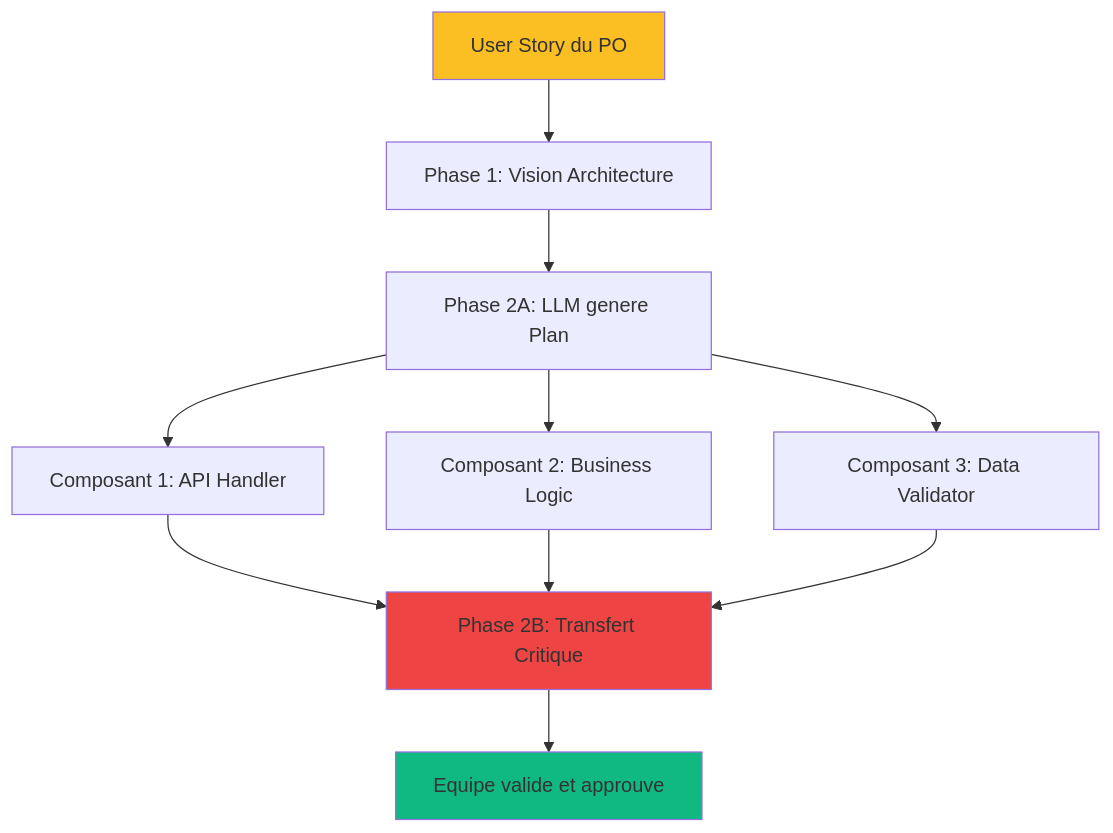
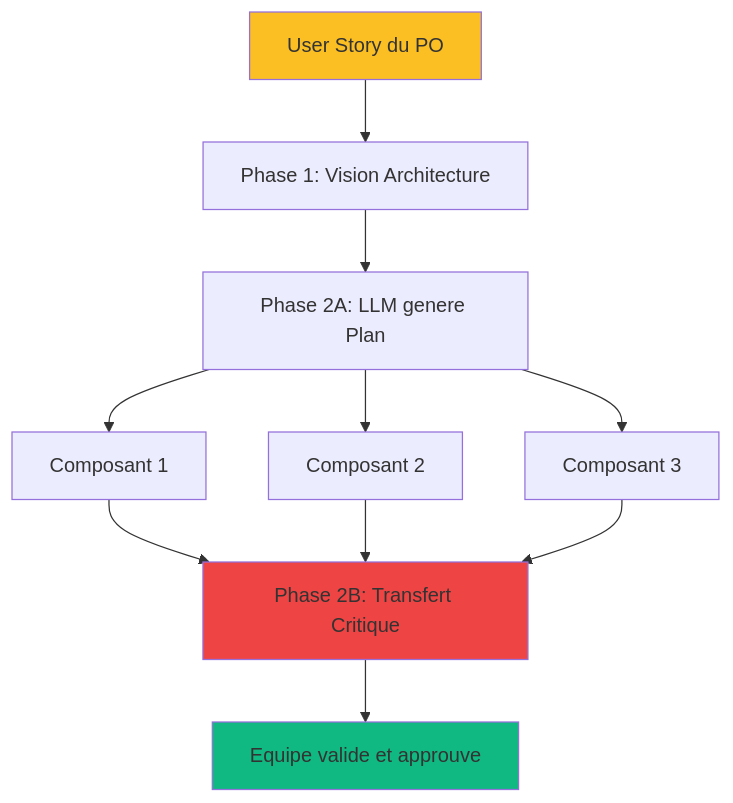
The diagram in src/content/docs/fr/phase2-planification-tactique.md (dc2method/dc2-website), drawn with Mermaid before and after one commit. The commit also changed other lines of this file and 63 other files, not shown here.

````diff
--- a/src/content/docs/fr/phase2-planification-tactique.md
+++ b/src/content/docs/fr/phase2-planification-tactique.md
@@ -61,16 +58,16 @@
 ```mermaid
 graph TD
     US[User Story du PO] --> P1[Phase 1: Vision Architecture]
     P1 --> P2A[Phase 2A: LLM genere Plan]
-    P2A --> C1[Composant 1: API Handler]
-    P2A --> C2[Composant 2: Business Logic]
-    P2A --> C3[Composant 3: Data Validator]
+    P2A --> C1[Composant 1]
+    P2A --> C2[Composant 2]
+    P2A --> C3[Composant 3]
     C1 --> P2B[Phase 2B: Transfert Critique]
     C2 --> P2B
     C3 --> P2B
     P2B --> V[Equipe valide et approuve]
 
     style US fill:#fbbf24
     style P2B fill:#ef4444
     style V fill:#10b981
 ```
````
